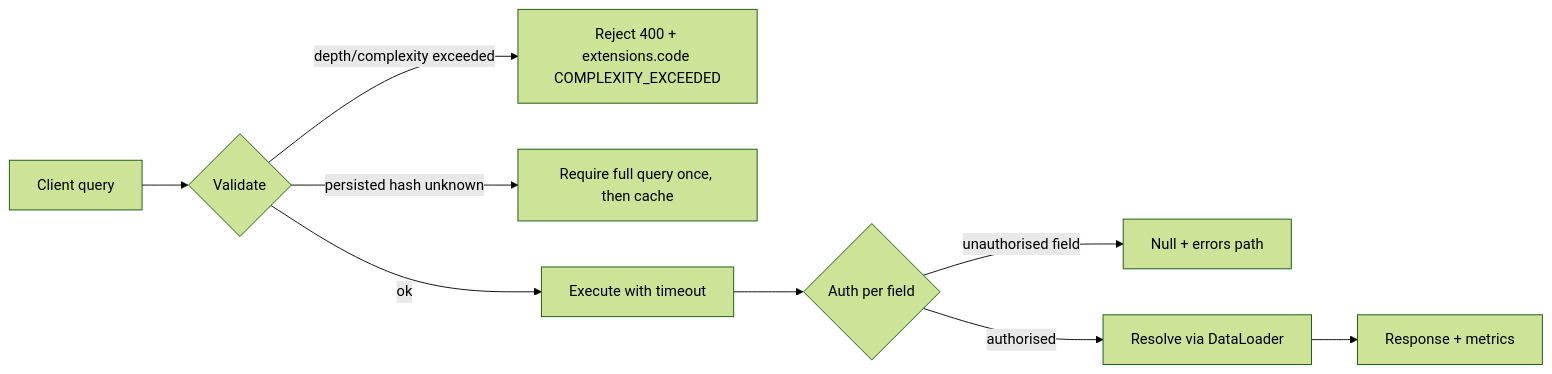
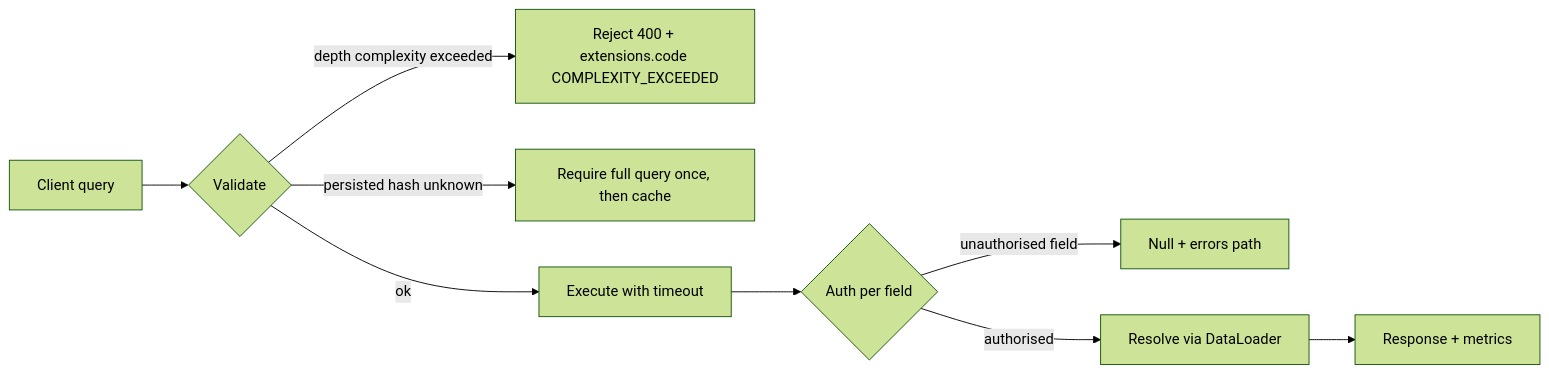
The fourth of 7 diagrams in vol-08-apis/ch04-graphql.md (bumbsclaw/textbooks), drawn with Mermaid (forest theme) before and after one commit. The commit also changed other lines of this file and 173 other files, not shown here.

First line of the commit message:
fix(mermaid): close note brackets, semicolons in Notes, stateDiagram br -> dash, edge parens

````diff
--- a/vol-08-apis/ch04-graphql.md
+++ b/vol-08-apis/ch04-graphql.md
@@ -641,11 +641,11 @@
 ```mermaid
 flowchart LR
     A[Client query] --> B{Validate}
-    B -->|depth/complexity exceeded| C[Reject 400 + extensions.code COMPLEXITY_EXCEEDED]
+    B -->|depth complexity exceeded| C[Reject 400 + extensions.code COMPLEXITY_EXCEEDED]
     B -->|persisted hash unknown| D[Require full query once, then cache]
     B -->|ok| E[Execute with timeout]
     E --> F{Auth per field}
     F -->|unauthorised field| G[Null + errors path]
     F -->|authorised| H[Resolve via DataLoader]
     H --> I[Response + metrics]
 ```
````
